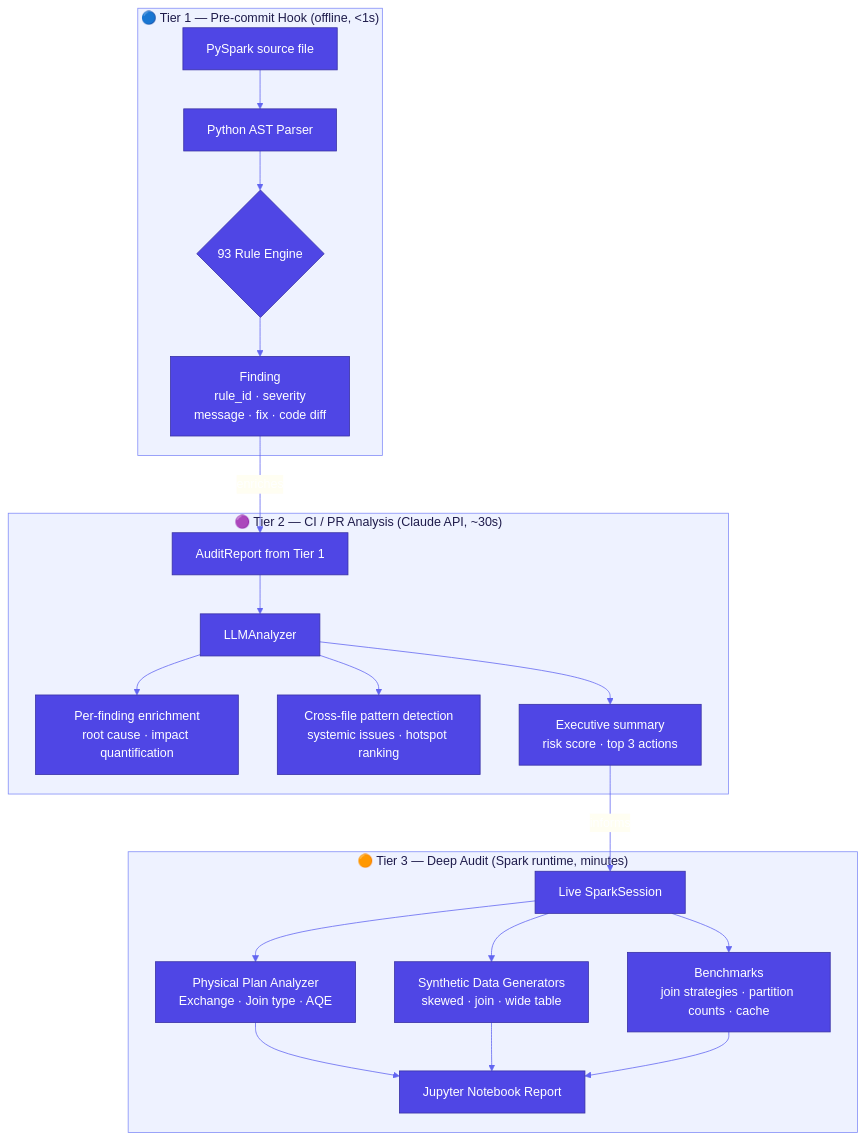
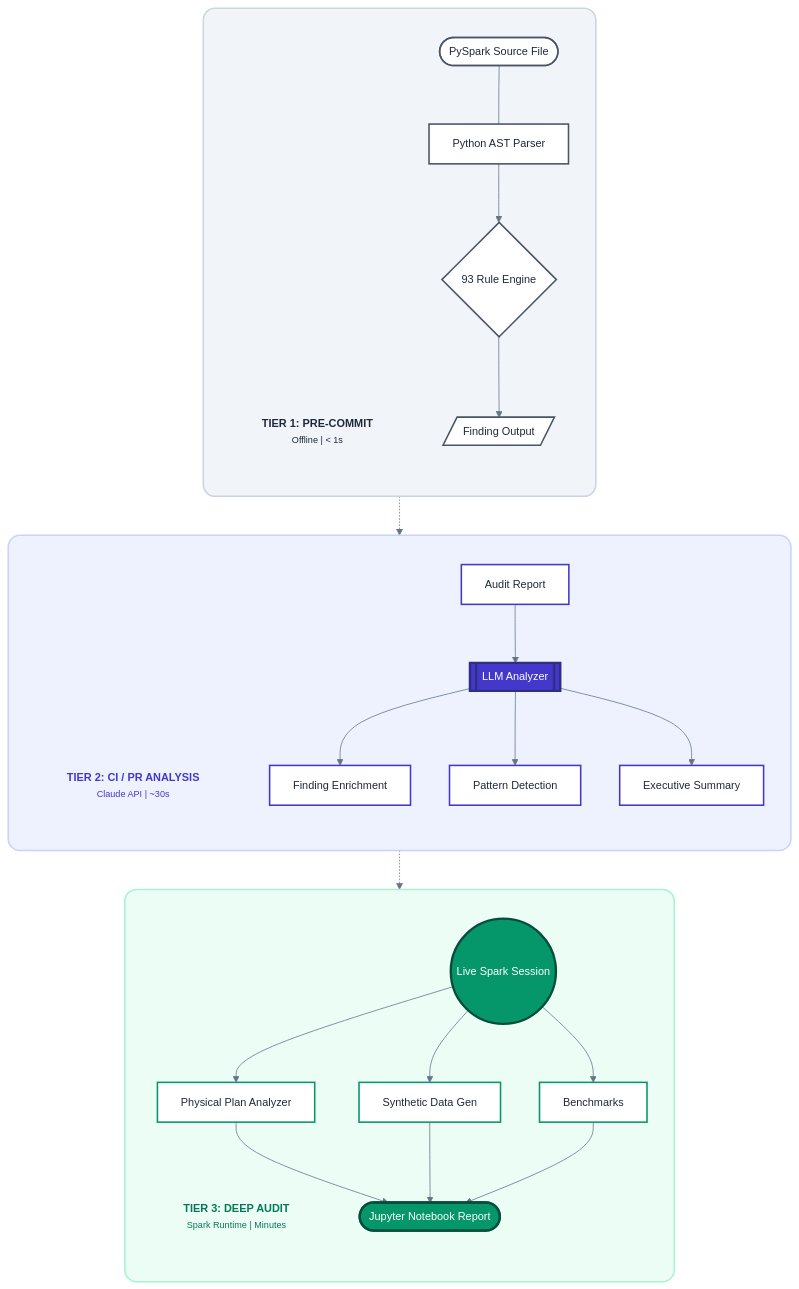
The diagram in README.md (sunilpradhansharma/spark-perf-lint), drawn with Mermaid before and after one commit. The commit also changed other lines of this file, not shown here.

Commit message:
updated Architecture diagram

````diff
--- a/README.md
+++ b/README.md
@@ -167,39 +175,82 @@
 ```mermaid
-%%{init: {"theme": "base", "themeVariables": {
-  "primaryColor": "#4F46E5",
-  "primaryTextColor": "#FFFFFF",
-  "primaryBorderColor": "#3730A3",
-  "lineColor": "#6366F1",
-  "secondaryColor": "#EEF2FF",
-  "tertiaryColor": "#FFFEF2",
-  "background": "#FFFEF2",
-  "clusterBkg": "#EEF2FF",
-  "clusterBorder": "#818CF8",
-  "titleColor": "#1E1B4B",
-  "edgeLabelBackground": "#FFFEF2",
-  "fontFamily": "ui-monospace, monospace"
-}}}%%
-flowchart TD
-    subgraph T1["🔵 Tier 1 — Pre-commit Hook  (offline, &lt;1s)"]
-        A[PySpark source file] --> B[Python AST Parser]
+%%{init: {
+  'theme': 'base',
+  'themeVariables': {
+    'primaryColor': '#ffffff',
+    'primaryTextColor': '#1e293b',
+    'primaryBorderColor': '#94a3b8',
+    'lineColor': '#64748b',
+    'secondaryColor': '#f8fafc',
+    'tertiaryColor': '#ffffff',
+    'fontFamily': 'Segoe UI, Roboto, sans-serif',
+    'fontSize': '14px'
+  }
+}}%%
+
+graph TD
+    %% TIER 1: THE BUILD
+    subgraph T1 [ ]
+        direction TB
+        T1_Title["<div style='padding:10px'><b>TIER 1: PRE-COMMIT</b><br/><small>Offline | < 1s</small></div>"]
+        
+        A([PySpark Source File]) --- B[Python AST Parser]
         B --> C{93 Rule Engine}
-        C --> D[Finding\nrule_id · severity\nmessage · fix · code diff]
+        C --> D[/Finding Output/]
     end
 
-    subgraph T2["🟣 Tier 2 — CI / PR Analysis  (Claude API, ~30s)"]
-        E[AuditReport from Tier 1] --> F[LLMAnalyzer]
-        F --> G[Per-finding enrichment\nroot cause · impact quantification]
-        F --> H[Cross-file pattern detection\nsystemic issues · hotspot ranking]
-        F --> I[Executive summary\nrisk score · top 3 actions]
+    %% TIER 2: THE INTELLIGENCE
+    subgraph T2 [ ]
+        direction TB
+        T2_Title["<div style='padding:10px; color:#4338ca'><b>TIER 2: CI / PR ANALYSIS</b><br/><small>Claude API | ~30s</small></div>"]
+        
+        E[Audit Report] --> F[[LLM Analyzer]]
+        F --> G[Finding Enrichment]
+        F --> H[Pattern Detection]
+        F --> I[Executive Summary]
     end
 
-    subgraph T3["🟠 Tier 3 — Deep Audit  (Spark runtime, minutes)"]
-        J[Live SparkSession] --> K[Physical Plan Analyzer\nExchange · Join type · AQE]
-        J --> L[Synthetic Data Generators\nskewed · join · wide table]
-        J --> M[Benchmarks\njoin strategies · partition counts · cache]
-        K & L & M --> N[Jupyter Notebook Report]
+    %% TIER 3: THE RUNTIME
+    subgraph T3 [ ]
+        direction TB
+        T3_Title["<div style='padding:10px; color:#047857'><b>TIER 3: DEEP AUDIT</b><br/><small>Spark Runtime | Minutes</small></div>"]
+        
+        J((Live Spark Session))
+        J --> K[Physical Plan Analyzer]
+        J --> L[Synthetic Data Gen]
+        J --> M[Benchmarks]
+        K & L & M --> N([Jupyter Notebook Report])
     end
 
-    D -->|enriches| E
-    I -->|informs| J
+    %% FLOW CONNECTIONS
+    D -.-> E
+    I -.-> J
+
+    %% 3D ELEVATION STYLING
+    %% We use darker borders (stroke) and lighter fills to create depth
+    
+    %% Tier 1: Neutral Slate
+    style T1 fill:#f1f5f9,stroke:#cbd5e1,stroke-width:2px,rx:15
+    classDef t1Node fill:#ffffff,stroke:#475569,stroke-width:2px,color:#1e293b
+    
+    %% Tier 2: Deep Indigo 
+    style T2 fill:#eef2ff,stroke:#c7d2fe,stroke-width:2px,rx:15
+    classDef t2Node fill:#ffffff,stroke:#4338ca,stroke-width:2px,color:#1e293b
+    classDef t2Focus fill:#4338ca,stroke:#312e81,stroke-width:3px,color:#ffffff
+    
+    %% Tier 3: Emerald Green
+    style T3 fill:#ecfdf5,stroke:#a7f3d0,stroke-width:2px,rx:15
+    classDef t3Node fill:#ffffff,stroke:#059669,stroke-width:2px,color:#1e293b
+    classDef t3Focus fill:#059669,stroke:#064e3b,stroke-width:3px,color:#ffffff
+
+    %% Assigning Classes
+    class A,B,C,D t1Node
+    class E,G,H,I t2Node
+    class F t2Focus
+    class K,L,M t3Node
+    class J,N t3Focus
+    
+    %% Hide Title Backgrounds
+    style T1_Title fill:none,stroke:none
+    style T2_Title fill:none,stroke:none
+    style T3_Title fill:none,stroke:none
 ```
````
